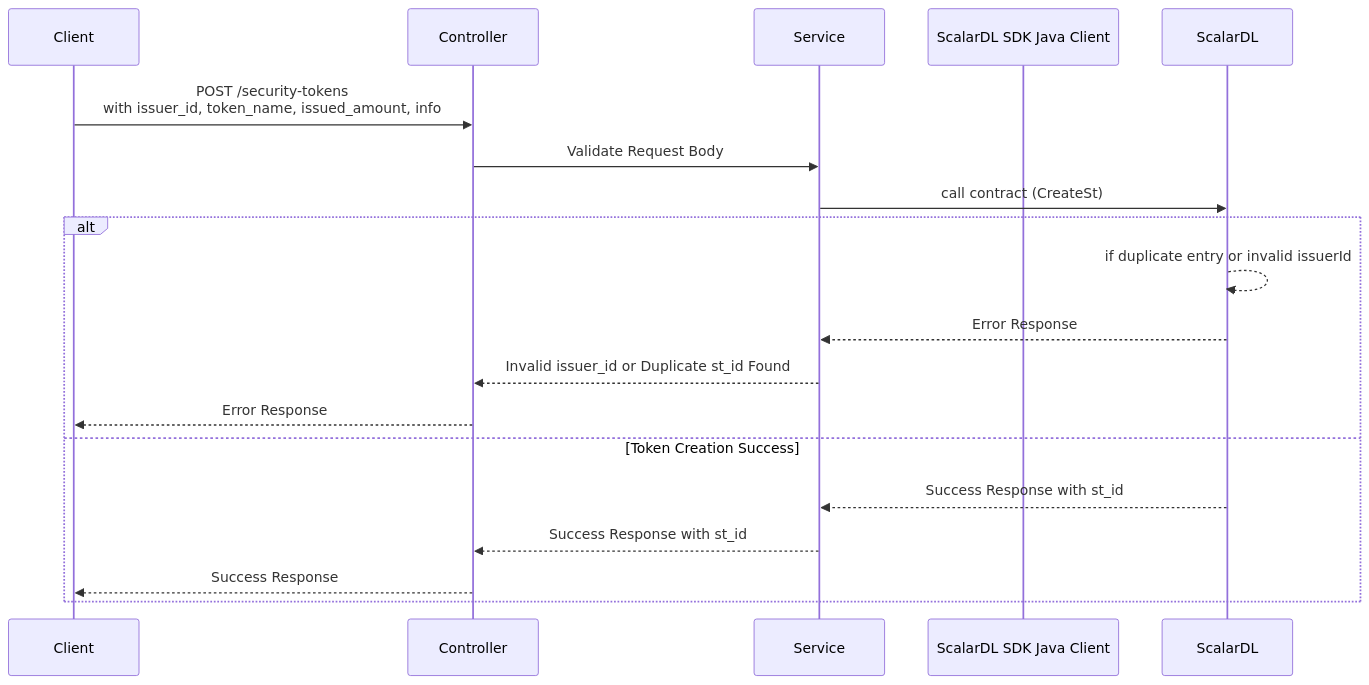
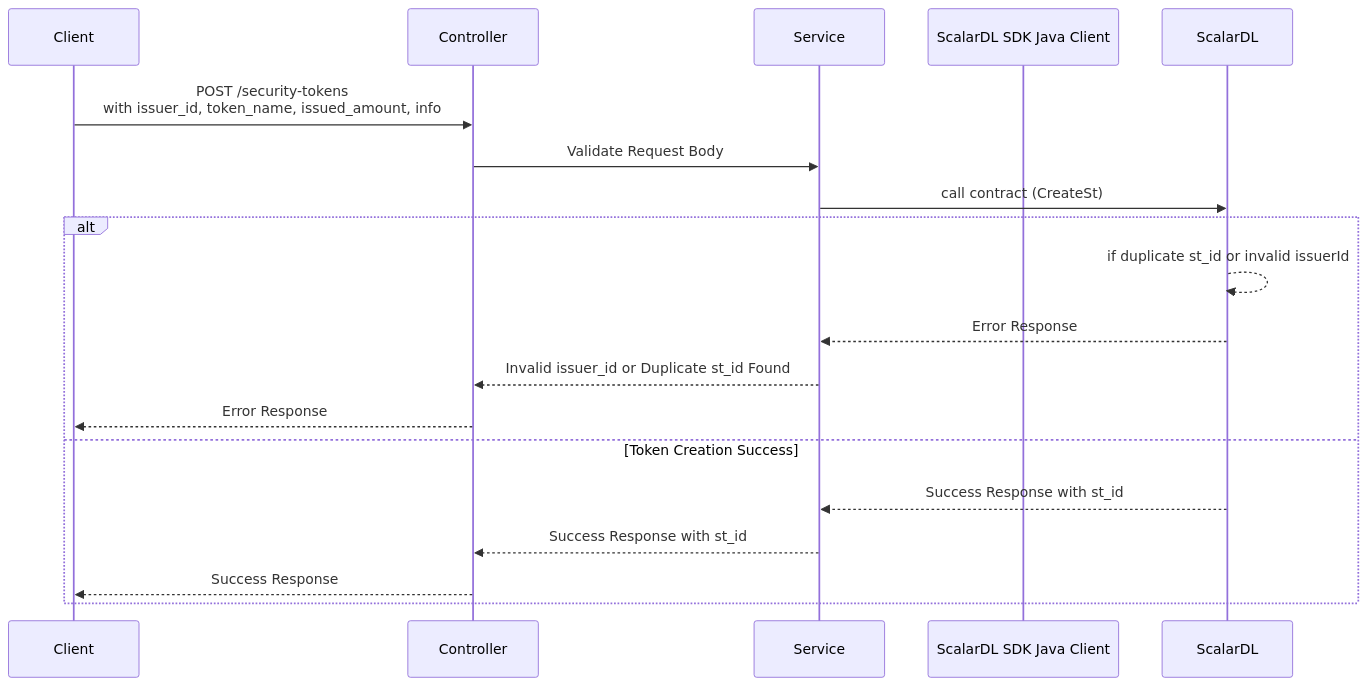
Before and after one commit to MayuriSutar12/protocol_8_api_doc: the diagram in create-st-1.md, drawn with Mermaid.

````diff
--- a/create-st-1.md
+++ b/create-st-1.md
@@ -11,23 +11,23 @@
 ```mermaid
 sequenceDiagram
     participant Client as Client
     participant Controller as Controller
     participant Service as Service
     participant ScalardlSDK as ScalarDL SDK Java Client 
     participant Scalardl as ScalarDL
 
     Client ->> Controller: POST /security-tokens<br/>with issuer_id, token_name, issued_amount, info
     Controller ->> Service: Validate Request Body
     Service ->> Scalardl: call contract (CreateSt)
     alt 
-        Scalardl -->> Scalardl: if duplicate entry or invalid issuerId
+        Scalardl -->> Scalardl: if duplicate st_id or invalid issuerId
         Scalardl -->> Service: Error Response
         Service -->> Controller: Invalid issuer_id or Duplicate st_id Found
         Controller -->> Client: Error Response
     else Token Creation Success
         Scalardl -->> Service: Success Response with st_id
         Service -->> Controller: Success Response with st_id
         Controller -->> Client: Success Response 
     end
 
 ```
````
